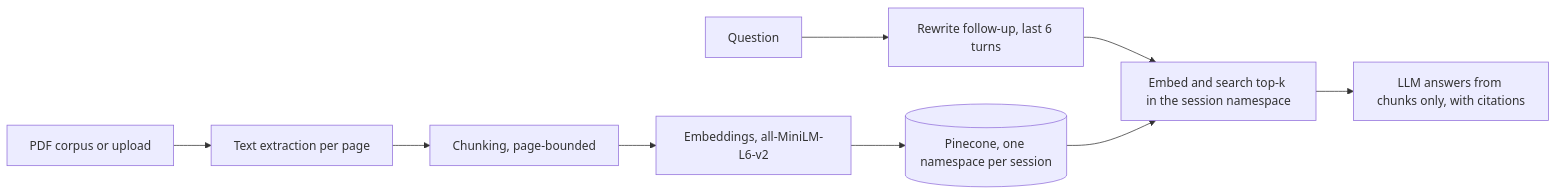
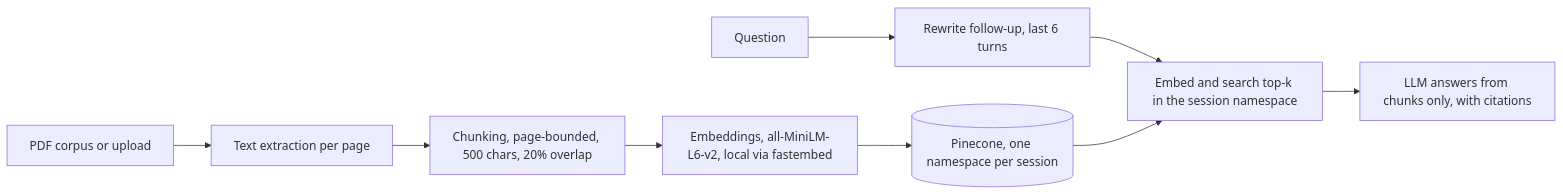
Before and after one commit to moshood-abdulganiyu/docuchat-evidence: the diagram in README.md, drawn with Mermaid. The commit also changed other lines of this file and 2 other files, not shown here.

````diff
--- a/README.md
+++ b/README.md
@@ -31,11 +31,11 @@
 ```mermaid
 flowchart LR
     A[PDF corpus or upload] --> B[Text extraction per page]
-    B --> C[Chunking, page-bounded]
-    C --> D[Embeddings, all-MiniLM-L6-v2]
+    B --> C[Chunking, page-bounded, 500 chars, 20% overlap]
+    C --> D[Embeddings, all-MiniLM-L6-v2, local via fastembed]
     D --> E[(Pinecone, one namespace per session)]
     Q[Question] --> R[Rewrite follow-up, last 6 turns]
     R --> S[Embed and search top-k in the session namespace]
     E --> S
     S --> T[LLM answers from chunks only, with citations]
 ```
````
